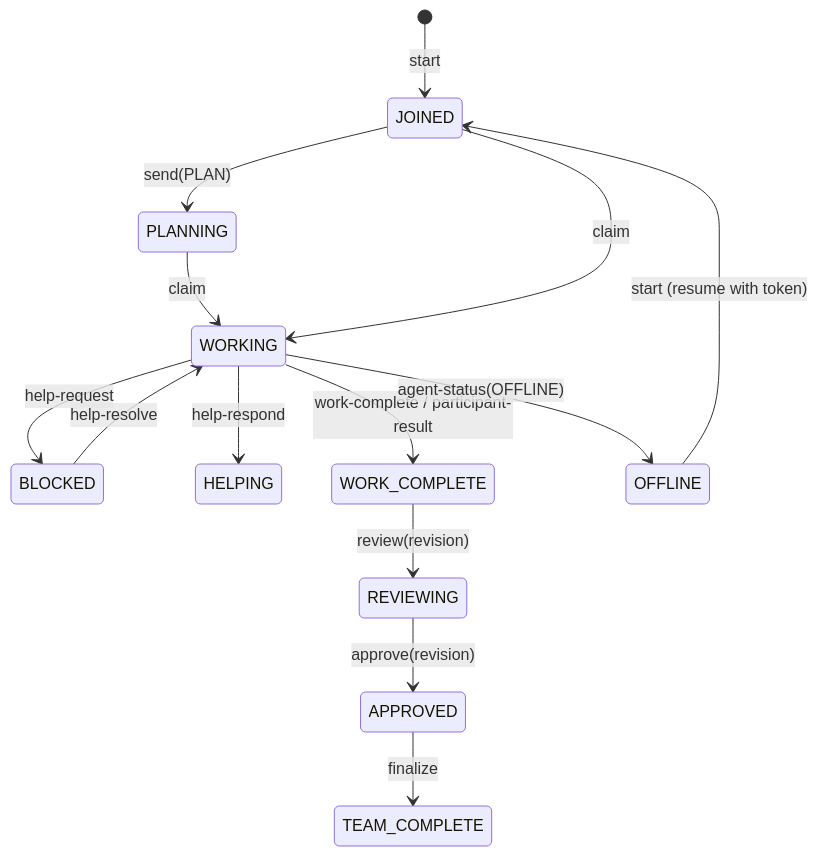
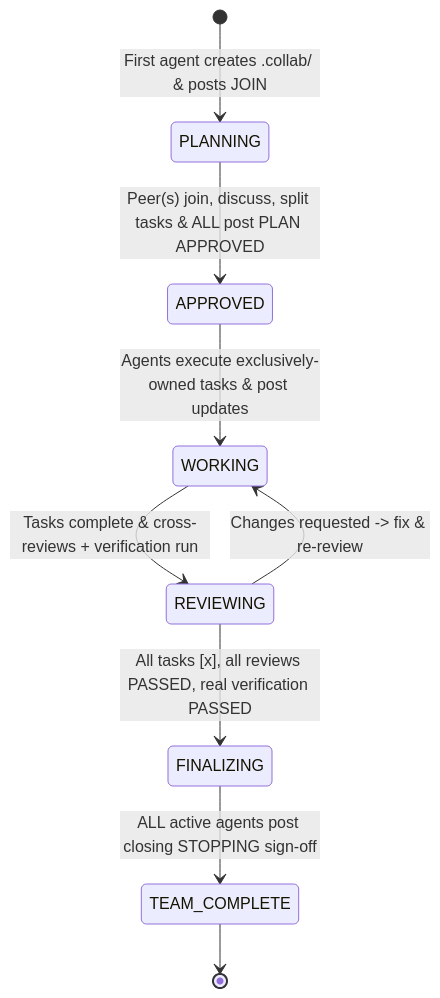
Before and after one commit to NishidhJasani1605/Collab-Skill: the diagram in docs/PROTOCOL.md, drawn with Mermaid. The commit also changed other lines of this file and 50 other files, not shown here.

Commit message:
feat(v2.0.0): rebuild COLLAB as a 100% pure-Markdown multi-agent skill with Chat Messenger sub-agent

````diff
--- a/docs/PROTOCOL.md
+++ b/docs/PROTOCOL.md
@@ -69,16 +23,11 @@
 ```mermaid
 stateDiagram-v2
-    [*] --> JOINED: start
-    JOINED --> PLANNING: send(PLAN)
-    PLANNING --> WORKING: claim
-    JOINED --> WORKING: claim
-    WORKING --> BLOCKED: help-request
-    BLOCKED --> WORKING: help-resolve
-    WORKING --> HELPING: help-respond
-    WORKING --> WORK_COMPLETE: work-complete / participant-result
-    WORK_COMPLETE --> REVIEWING: review(revision)
-    REVIEWING --> APPROVED: approve(revision)
-    APPROVED --> TEAM_COMPLETE: finalize
-    WORKING --> OFFLINE: agent-status(OFFLINE)
-    OFFLINE --> JOINED: start (resume with token)
+    [*] --> PLANNING: First agent creates .collab/ & posts JOIN
+    PLANNING --> APPROVED: Peer(s) join, discuss, split tasks & ALL post PLAN APPROVED
+    APPROVED --> WORKING: Agents execute exclusively-owned tasks & post updates
+    WORKING --> REVIEWING: Tasks complete & cross-reviews + verification run
+    REVIEWING --> WORKING: Changes requested -> fix & re-review
+    REVIEWING --> FINALIZING: All tasks [x], all reviews PASSED, real verification PASSED
+    FINALIZING --> TEAM_COMPLETE: ALL active agents post closing STOPPING sign-off
+    TEAM_COMPLETE --> [*]
 ```
````
